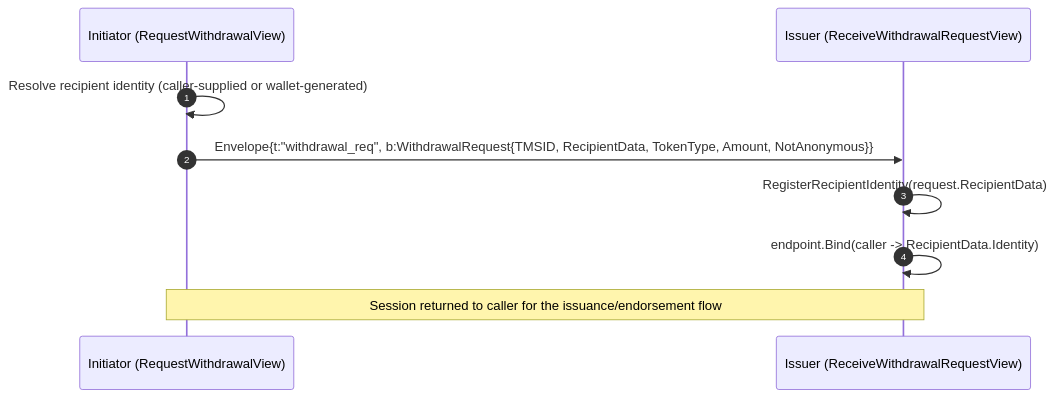
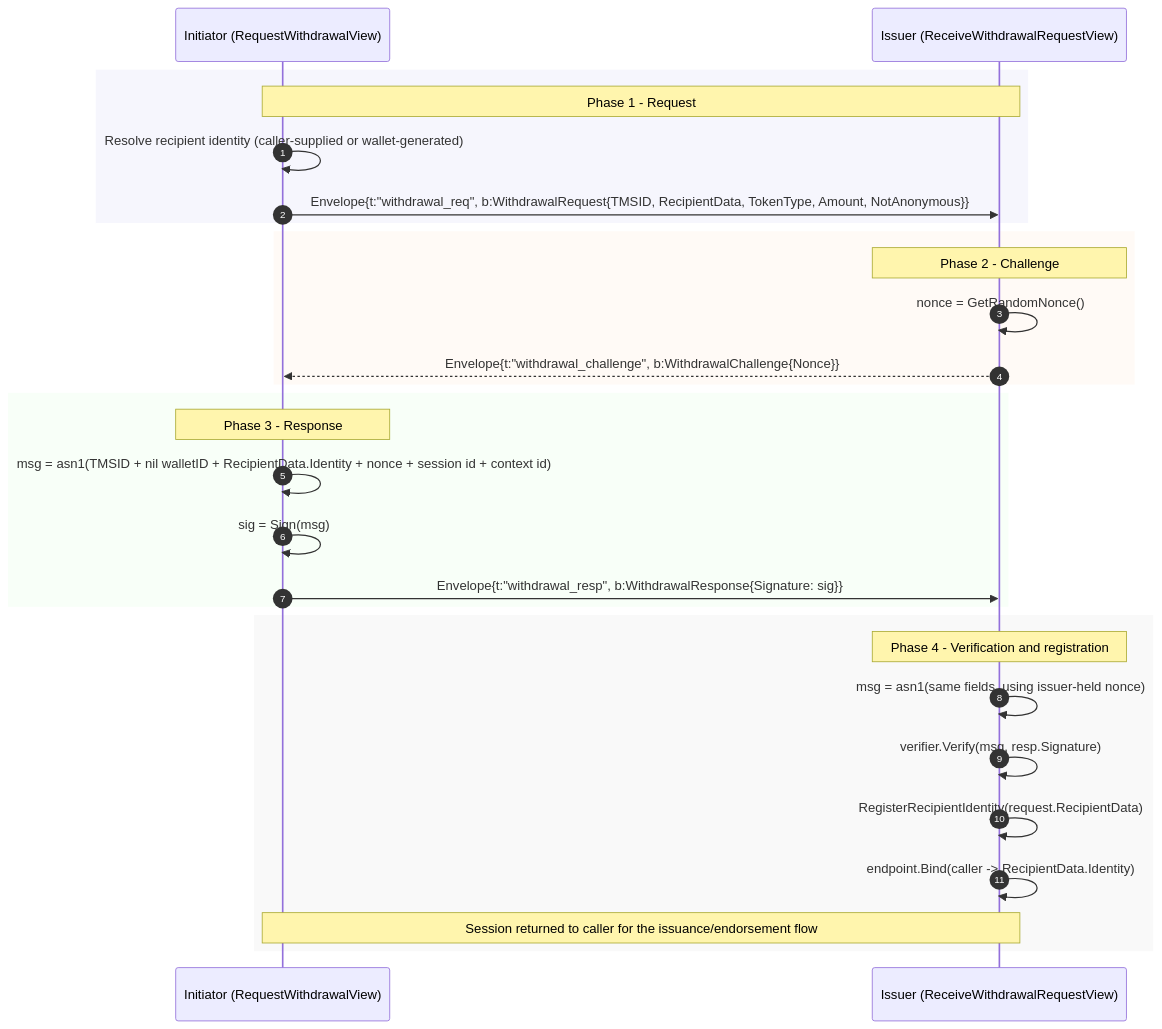
The fifth of 9 diagrams in docs/services/ttx.md (atharrva01/fabric-token-sdk), drawn with Mermaid before and after one commit. The commit also changed other lines of this file and 15 other files, not shown here.

Commit message:
Confirm that withdrawal requester owns its recipient identity before registering it  #1836 (#1843)

````diff
--- a/docs/services/ttx.md
+++ b/docs/services/ttx.md
@@ -322,12 +318,34 @@
 ```mermaid
 sequenceDiagram
     autonumber
     participant I as Initiator (RequestWithdrawalView)
     participant Iss as Issuer (ReceiveWithdrawalRequestView)
 
-    I->>I: Resolve recipient identity (caller-supplied or wallet-generated)
-    I->>Iss: Envelope{t:"withdrawal_req", b:WithdrawalRequest{TMSID, RecipientData, TokenType, Amount, NotAnonymous}}
-    Iss->>Iss: RegisterRecipientIdentity(request.RecipientData)
-    Iss->>Iss: endpoint.Bind(caller -> RecipientData.Identity)
-    Note over I,Iss: Session returned to caller for the issuance/endorsement flow
+    rect rgba(230, 230, 250, 0.35)
+        Note over I,Iss: Phase 1 - Request
+        I->>I: Resolve recipient identity (caller-supplied or wallet-generated)
+        I->>Iss: Envelope{t:"withdrawal_req", b:WithdrawalRequest{TMSID, RecipientData, TokenType, Amount, NotAnonymous}}
+    end
+
+    rect rgba(255, 245, 238, 0.5)
+        Note over Iss: Phase 2 - Challenge
+        Iss->>Iss: nonce = GetRandomNonce()
+        Iss-->>I: Envelope{t:"withdrawal_challenge", b:WithdrawalChallenge{Nonce}}
+    end
+
+    rect rgba(240, 255, 240, 0.45)
+        Note over I: Phase 3 - Response
+        I->>I: msg = asn1(TMSID + nil walletID + RecipientData.Identity + nonce + session id + context id)
+        I->>I: sig = Sign(msg)
+        I->>Iss: Envelope{t:"withdrawal_resp", b:WithdrawalResponse{Signature: sig}}
+    end
+
+    rect rgba(245, 245, 245, 0.55)
+        Note over Iss: Phase 4 - Verification and registration
+        Iss->>Iss: msg = asn1(same fields, using issuer-held nonce)
+        Iss->>Iss: verifier.Verify(msg, resp.Signature)
+        Iss->>Iss: RegisterRecipientIdentity(request.RecipientData)
+        Iss->>Iss: endpoint.Bind(caller -> RecipientData.Identity)
+        Note over I,Iss: Session returned to caller for the issuance/endorsement flow
+    end
 ```
````
